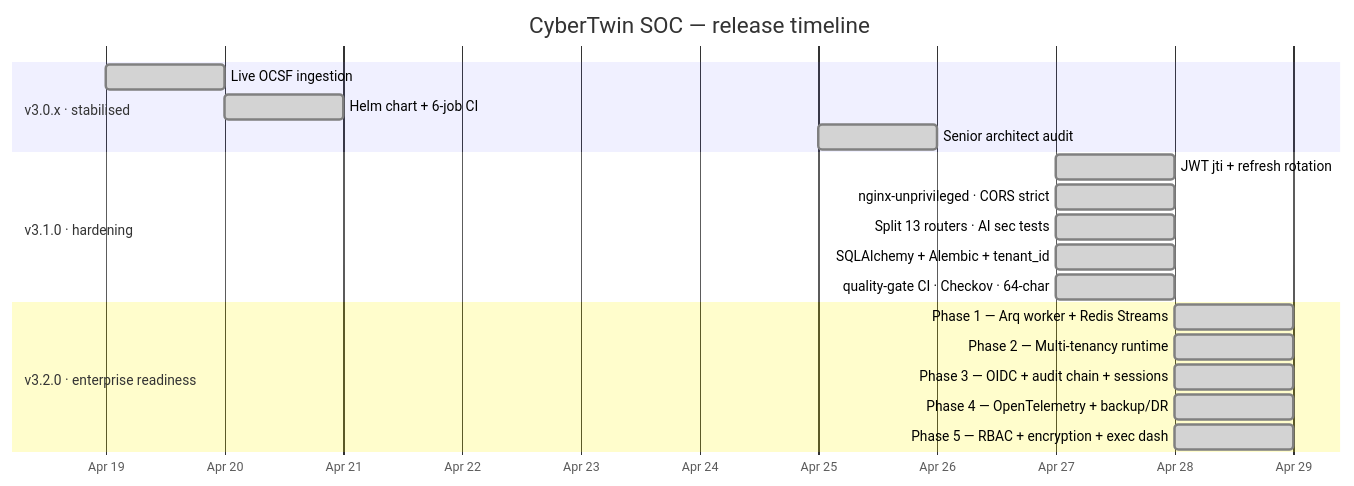
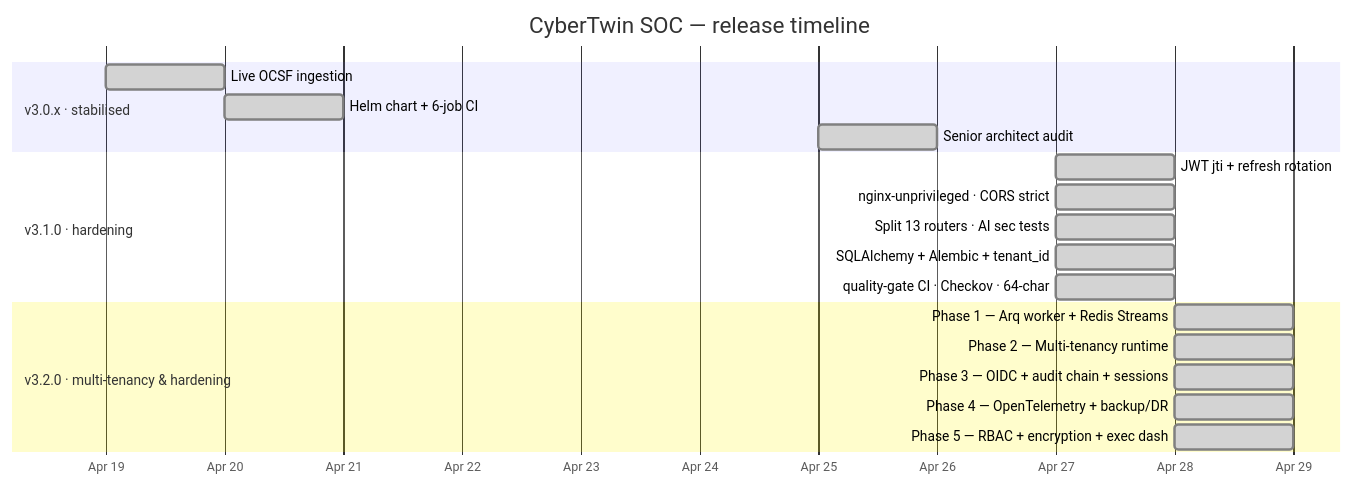
One commit to omarbabba779xx/CyberTwin-SOC changed the second of 19 diagrams in README.md. Above: the diagram before and after it, drawn with Mermaid. The commit also changed other lines of this file, not shown here.

````diff
--- a/README.md
+++ b/README.md
@@ -192,25 +192,25 @@
 ```mermaid
 gantt
     title CyberTwin SOC — release timeline
     dateFormat YYYY-MM-DD
     axisFormat %b %d
 
     section v3.0.x · stabilised
         Live OCSF ingestion           :done, a1, 2026-04-19, 1d
         Helm chart + 6-job CI         :done, a2, 2026-04-20, 1d
         Senior architect audit        :done, a3, 2026-04-25, 1d
 
     section v3.1.0 · hardening
         JWT jti + refresh rotation          :done, b1, 2026-04-27, 1d
         nginx-unprivileged · CORS strict    :done, b2, 2026-04-27, 1d
         Split 13 routers · AI sec tests     :done, b3, 2026-04-27, 1d
         SQLAlchemy + Alembic + tenant_id    :done, b4, 2026-04-27, 1d
         quality-gate CI · Checkov · 64-char :done, b5, 2026-04-27, 1d
 
-    section v3.2.0 · enterprise readiness
+    section v3.2.0 · multi-tenancy & hardening
         Phase 1 — Arq worker + Redis Streams   :done, d1, 2026-04-28, 1d
         Phase 2 — Multi-tenancy runtime         :done, d2, 2026-04-28, 1d
         Phase 3 — OIDC + audit chain + sessions :done, d3, 2026-04-28, 1d
         Phase 4 — OpenTelemetry + backup/DR     :done, d4, 2026-04-28, 1d
         Phase 5 — RBAC + encryption + exec dash :done, d5, 2026-04-28, 1d
 ```
````
